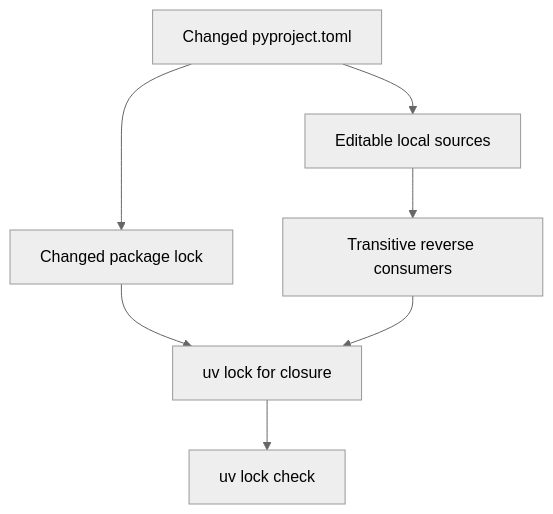
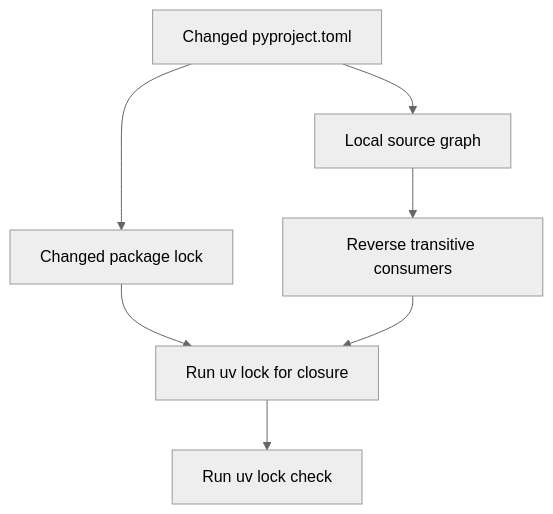
Before and after one commit to langchain-ai/deepagents: the first of 2 diagrams in openwiki/operations/development.md, drawn with Mermaid (neutral theme). The commit also changed other lines of this file and 29 other files, not shown here.

````diff
--- a/openwiki/operations/development.md
+++ b/openwiki/operations/development.md
@@ -91,9 +85,9 @@
 ```mermaid
 flowchart TD
-    Manifest["Changed pyproject.toml"] --> Owner["Changed package lock"]
-    Manifest --> Sources["Editable local sources"]
-    Sources --> Consumers["Transitive reverse consumers"]
-    Owner --> Resolve["uv lock for closure"]
+    Change["Changed pyproject.toml"] --> Owner["Changed package lock"]
+    Change --> Sources["Local source graph"]
+    Sources --> Consumers["Reverse transitive consumers"]
+    Owner --> Resolve["Run uv lock for closure"]
     Consumers --> Resolve
-    Resolve --> Verify["uv lock check"]
+    Resolve --> Check["Run uv lock check"]
 ```
````
